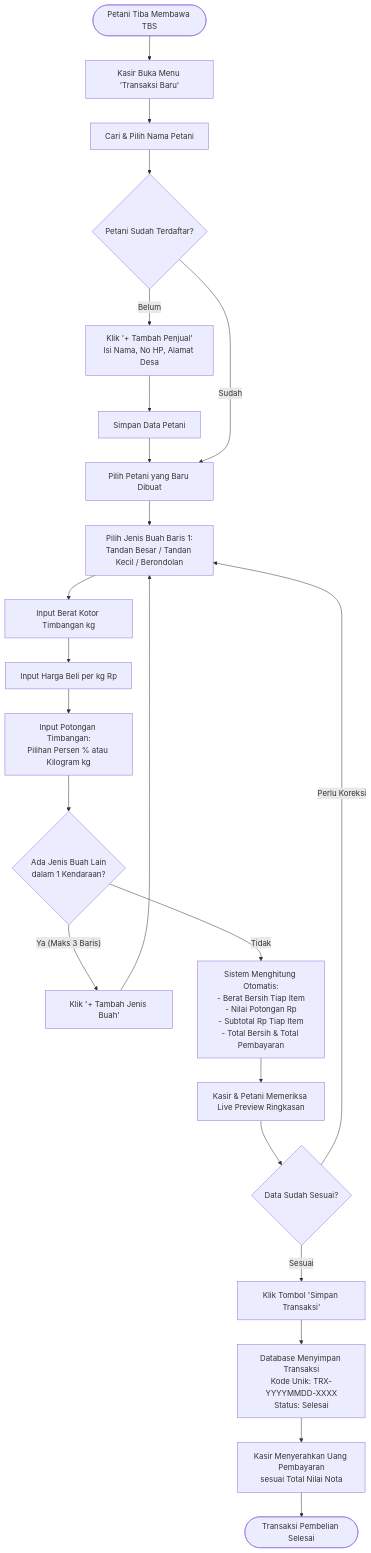
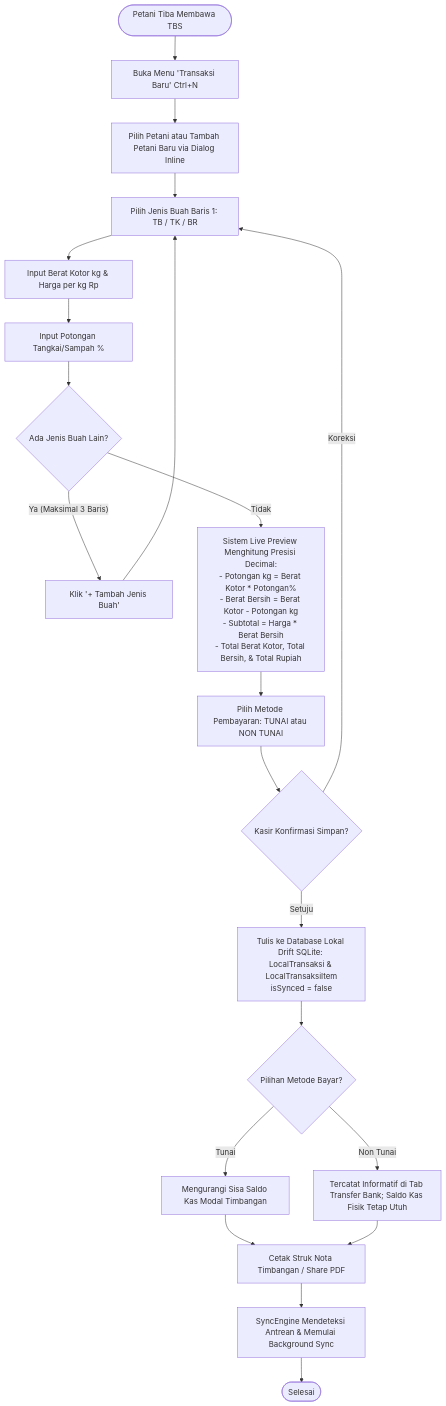
One commit to Mfkr07/RamSawit-App changed the seventh of 13 diagrams in doc/DIAGRAM-SISTEM-Aplikasi-Transaksi-Sawit.md. Above: the diagram before and after it, drawn with Mermaid. The commit also changed other lines of this file and 7 other files, not shown here.

````diff
--- a/doc/DIAGRAM-SISTEM-Aplikasi-Transaksi-Sawit.md
+++ b/doc/DIAGRAM-SISTEM-Aplikasi-Transaksi-Sawit.md
@@ -431,30 +479,25 @@
 ```mermaid
 flowchart TD
-    A([Petani Tiba Membawa TBS]) --> B[Kasir Buka Menu 'Transaksi Baru']
-    B --> C[Cari & Pilih Nama Petani]
-    C --> D{Petani Sudah Terdaftar?}
+    A([Petani Tiba Membawa TBS]) --> B[Buka Menu 'Transaksi Baru' Ctrl+N]
+    B --> C[Pilih Petani atau Tambah Petani Baru via Dialog Inline]
+    C --> D[Pilih Jenis Buah Baris 1: TB / TK / BR]
+    D --> E[Input Berat Kotor kg & Harga per kg Rp]
+    E --> F[Input Potongan Tangkai/Sampah %]
     
-    D -- Belum --> E[Klik '+ Tambah Penjual'<br/>Isi Nama, No HP, Alamat Desa]
-    E --> F[Simpan Data Petani]
-    F --> G[Pilih Petani yang Baru Dibuat]
-    D -- Sudah --> G
+    F --> G{Ada Jenis Buah Lain?}
+    G -- Ya (Maksimal 3 Baris) --> H[Klik '+ Tambah Jenis Buah'] --> D
+    G -- Tidak --> I[Sistem Live Preview Menghitung Presisi Decimal:<br/>- Potongan kg = Berat Kotor * Potongan%<br/>- Berat Bersih = Berat Kotor - Potongan kg<br/>- Subtotal = Harga * Berat Bersih<br/>- Total Berat Kotor, Total Bersih, & Total Rupiah]
     
-    G --> H[Pilih Jenis Buah Baris 1:<br/>Tandan Besar / Tandan Kecil / Berondolan]
-    H --> I[Input Berat Kotor Timbangan kg]
-    I --> J[Input Harga Beli per kg Rp]
-    J --> K[Input Potongan Timbangan:<br/>Pilihan Persen % atau Kilogram kg]
+    I --> J[Pilih Metode Pembayaran: TUNAI atau NON TUNAI]
+    J --> K{Kasir Konfirmasi Simpan?}
+    K -- Koreksi --> D
+    K -- Setuju --> L[Tulis ke Database Lokal Drift SQLite: LocalTransaksi & LocalTransaksiItem<br/>isSynced = false]
     
-    K --> L{Ada Jenis Buah Lain<br/>dalam 1 Kendaraan?}
-    L -- Ya (Maks 3 Baris) --> M[Klik '+ Tambah Jenis Buah']
-    M --> H
-    L -- Tidak --> N[Sistem Menghitung Otomatis:<br/>- Berat Bersih Tiap Item<br/>- Nilai Potongan Rp<br/>- Subtotal Rp Tiap Item<br/>- Total Bersih & Total Pembayaran]
+    L --> M{Pilihan Metode Bayar?}
+    M -- Tunai --> N[Mengurangi Sisa Saldo Kas Modal Timbangan]
+    M -- Non Tunai --> O[Tercatat Informatif di Tab Transfer Bank; Saldo Kas Fisik Tetap Utuh]
     
-    N --> O[Kasir & Petani Memeriksa Live Preview Ringkasan]
-    O --> P{Data Sudah Sesuai?}
-    P -- Perlu Koreksi --> H
-    P -- Sesuai --> Q[Klik Tombol 'Simpan Transaksi']
-    
-    Q --> R[Database Menyimpan Transaksi<br/>Kode Unik: TRX-YYYYMMDD-XXXX<br/>Status: Selesai]
-    R --> S[Kasir Menyerahkan Uang Pembayaran<br/>sesuai Total Nilai Nota]
-    S --> End([Transaksi Pembelian Selesai])
+    N & O --> P[Cetak Struk Nota Timbangan / Share PDF]
+    P --> Q[SyncEngine Mendeteksi Antrean & Memulai Background Sync]
+    Q --> End([Selesai])
 ```
````
